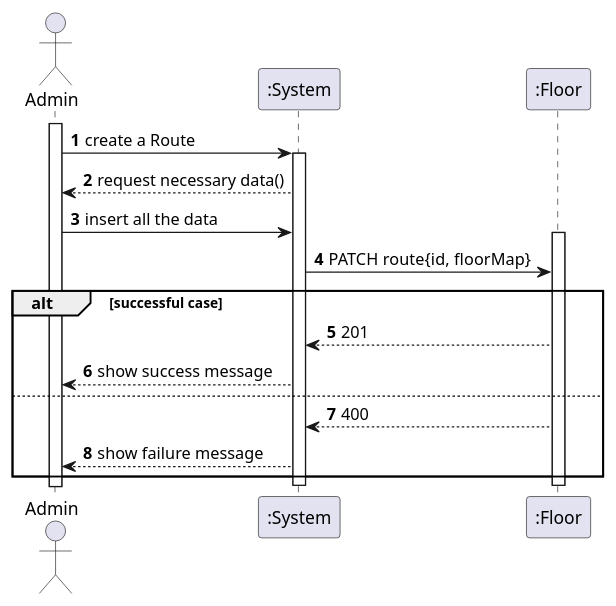
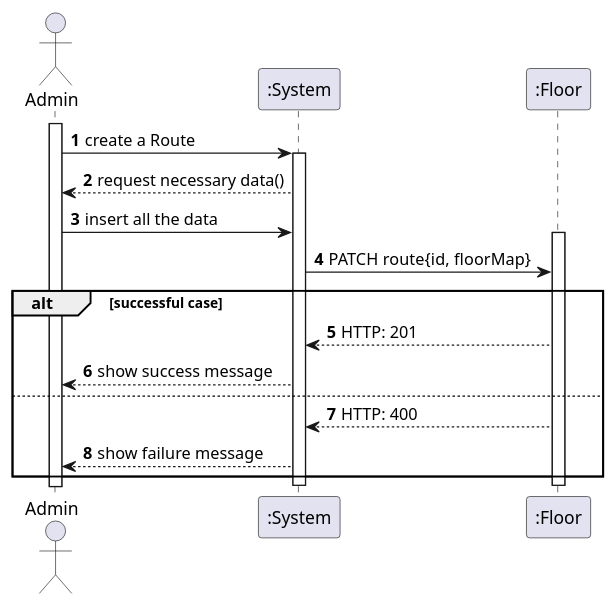
One commit to NunoTeixeiraMota/ProjetoIntegrador24 changed the diagram in docs/US230/Level2_patchFloorMap.puml. Above: the diagram before and after it, drawn with PlantUML. The commit also changed 4 other files, not shown here.

Commit message:
Diagrams of US230

```diff
--- a/docs/US230/Level2_patchFloorMap.puml
+++ b/docs/US230/Level2_patchFloorMap.puml
@@ -1,28 +1,28 @@
 @startuml
 autonumber
 'hide footbox
 actor "Admin" as admin
 
 participant ":System" as sys
 participant ":Floor" as floor
 
 activate admin
 
 admin -> sys: create a Route
 activate sys
 
 sys --> admin: request necessary data()
 admin -> sys : insert all the data
 activate floor
 sys -> floor: PATCH route{id, floorMap}
 
 alt successful case
-    floor --> sys: 201
+    floor --> sys: HTTP: 201
     sys --> admin: show success message
 else
-    floor --> sys: 400
+    floor --> sys: HTTP: 400
     sys --> admin: show failure message
 end
 deactivate floor
 deactivate sys
 @enduml
```
